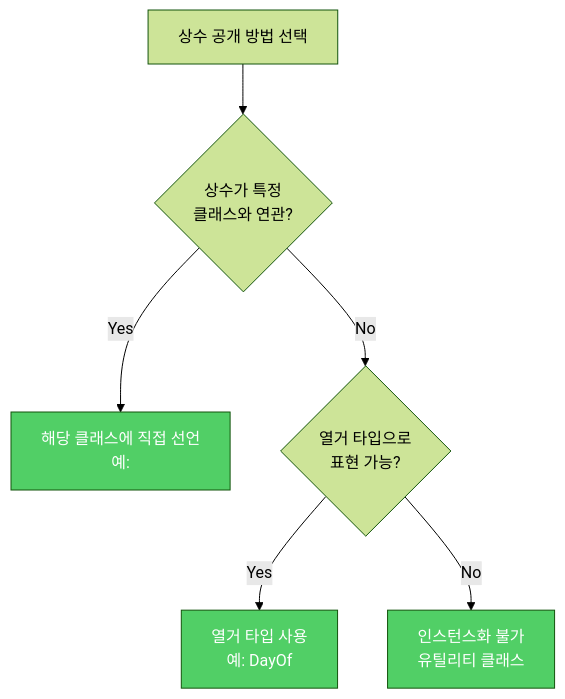
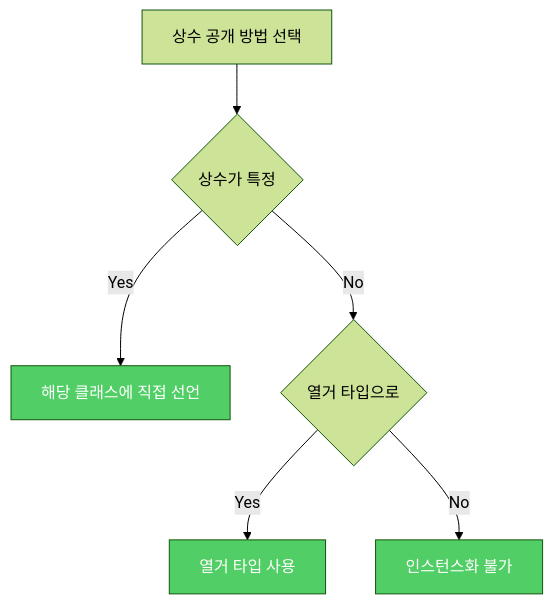
Before and after one commit to yjkim2015/yjkim2015.github.io: the second of 3 diagrams in _posts/java/2022-01-04-effective-java22.md, drawn with Mermaid (forest theme). The commit also changed other lines of this file and 217 other files, not shown here.

First line of the commit message:
Mermaid 크기 수정: useMaxWidth:true + SVG max-width:100% + 라벨 축소

````diff
--- a/_posts/java/2022-01-04-effective-java22.md
+++ b/_posts/java/2022-01-04-effective-java22.md
@@ -115,11 +115,11 @@
 ```mermaid
 graph TD
-    A["상수 공개 방법 선택"] --> B{"상수가 특정\n클래스와 연관?"}
-    B -->|"Yes"| C["해당 클래스에 직접 선언\n예:"]
-    B -->|"No"| D{"열거 타입으로\n표현 가능?"}
-    D -->|"Yes"| E["열거 타입 사용\n예: DayOf"]
-    D -->|"No"| F["인스턴스화 불가\n유틸리티 클래스"]
+    A["상수 공개 방법 선택"] --> B{"상수가 특정"}
+    B -->|"Yes"| C["해당 클래스에 직접 선언"]
+    B -->|"No"| D{"열거 타입으로"}
+    D -->|"Yes"| E["열거 타입 사용"]
+    D -->|"No"| F["인스턴스화 불가"]
     style C fill:#51cf66,color:#fff
     style E fill:#51cf66,color:#fff
     style F fill:#51cf66,color:#fff
 ```
````
